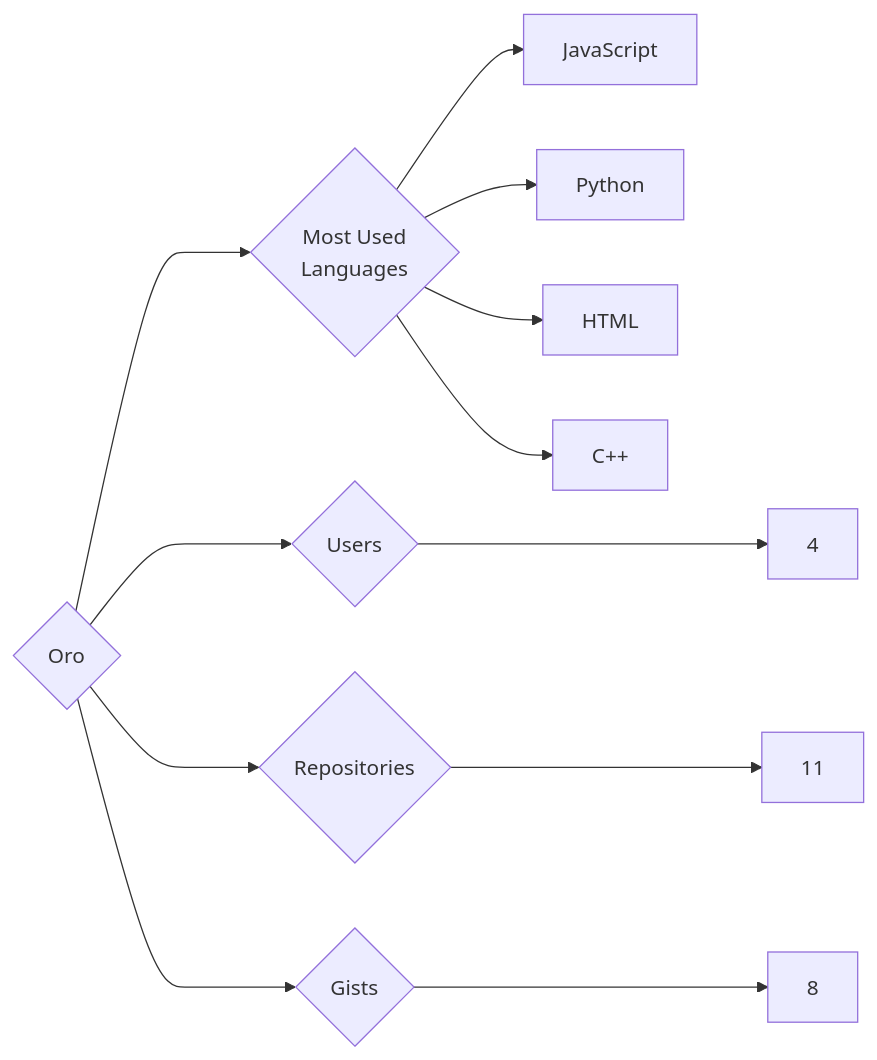
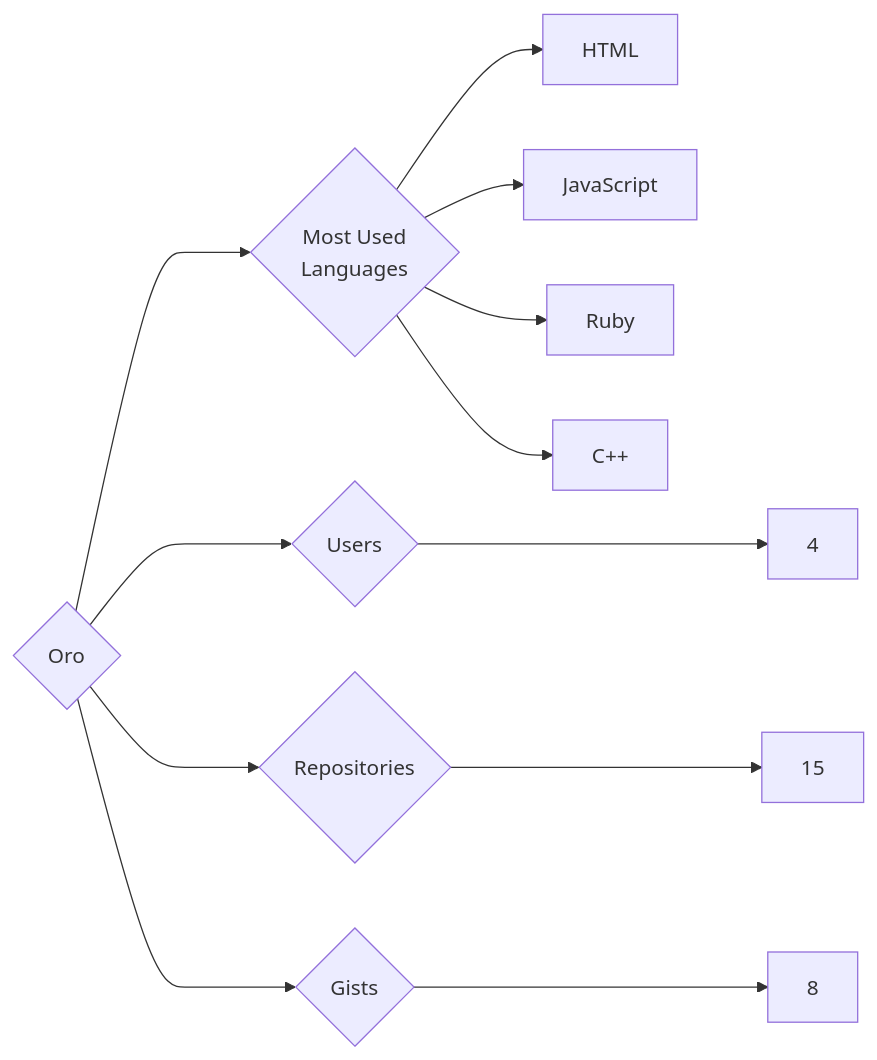
The diagram in targets/Oro/README.md (trickest/insiders), drawn with Mermaid before and after one commit. The commit also changed 878 other files, not shown here.

````diff
--- a/targets/Oro/README.md
+++ b/targets/Oro/README.md
@@ -3,12 +3,12 @@
 ```mermaid
 graph LR
 COMPANY_NAME{Oro}
 COMPANY_NAME ---> U{Users} ---> UN[4]
-COMPANY_NAME ---> R{Repositories} ---> RN[11]
+COMPANY_NAME ---> R{Repositories} ---> RN[15]
 COMPANY_NAME ---> G{Gists} ---> GN[8]
 COMPANY_NAME ---> ML{Most Used<br>Languages}
+ML --> HTML[HTML]
 ML --> JavaScript[JavaScript]
-ML --> Python[Python]
-ML --> HTML[HTML]
+ML --> Ruby[Ruby]
 ML --> C++[C++]
 ```
````
